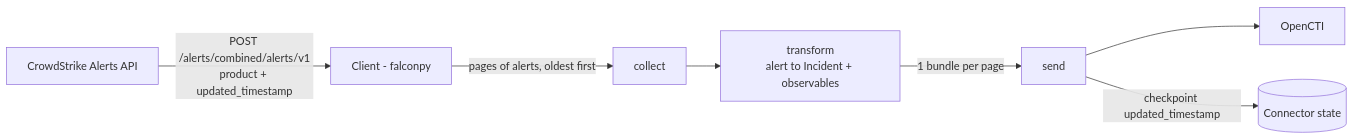
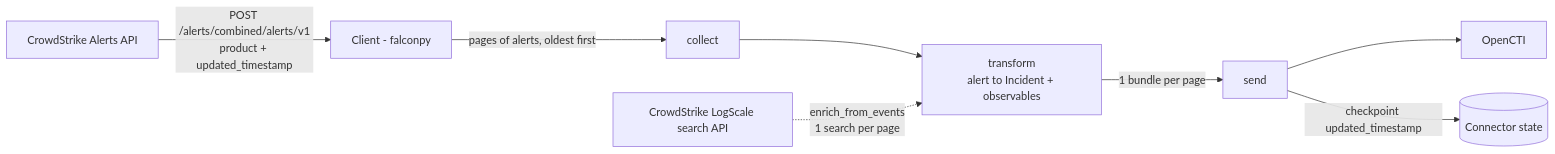
Before and after one commit to OpenCTI-Platform/connectors: the diagram in external-import/crowdstrike-incidents/README.md, drawn with Mermaid. The commit also changed other lines of this file and 6 other files, not shown here.

````diff
--- a/external-import/crowdstrike-incidents/README.md
+++ b/external-import/crowdstrike-incidents/README.md
@@ -109,9 +128,10 @@
 ```mermaid
 flowchart LR
     A[CrowdStrike Alerts API] -->|POST /alerts/combined/alerts/v1<br/>product + updated_timestamp| B[Client - falconpy]
     B -->|pages of alerts, oldest first| C[collect]
     C --> D[transform<br/>alert to Incident + observables]
+    L[CrowdStrike LogScale search API] -.->|enrich_from_events<br/>1 search per page| D
     D -->|1 bundle per page| E[send]
     E --> F[OpenCTI]
     E -->|checkpoint updated_timestamp| G[(Connector state)]
 ```
````
